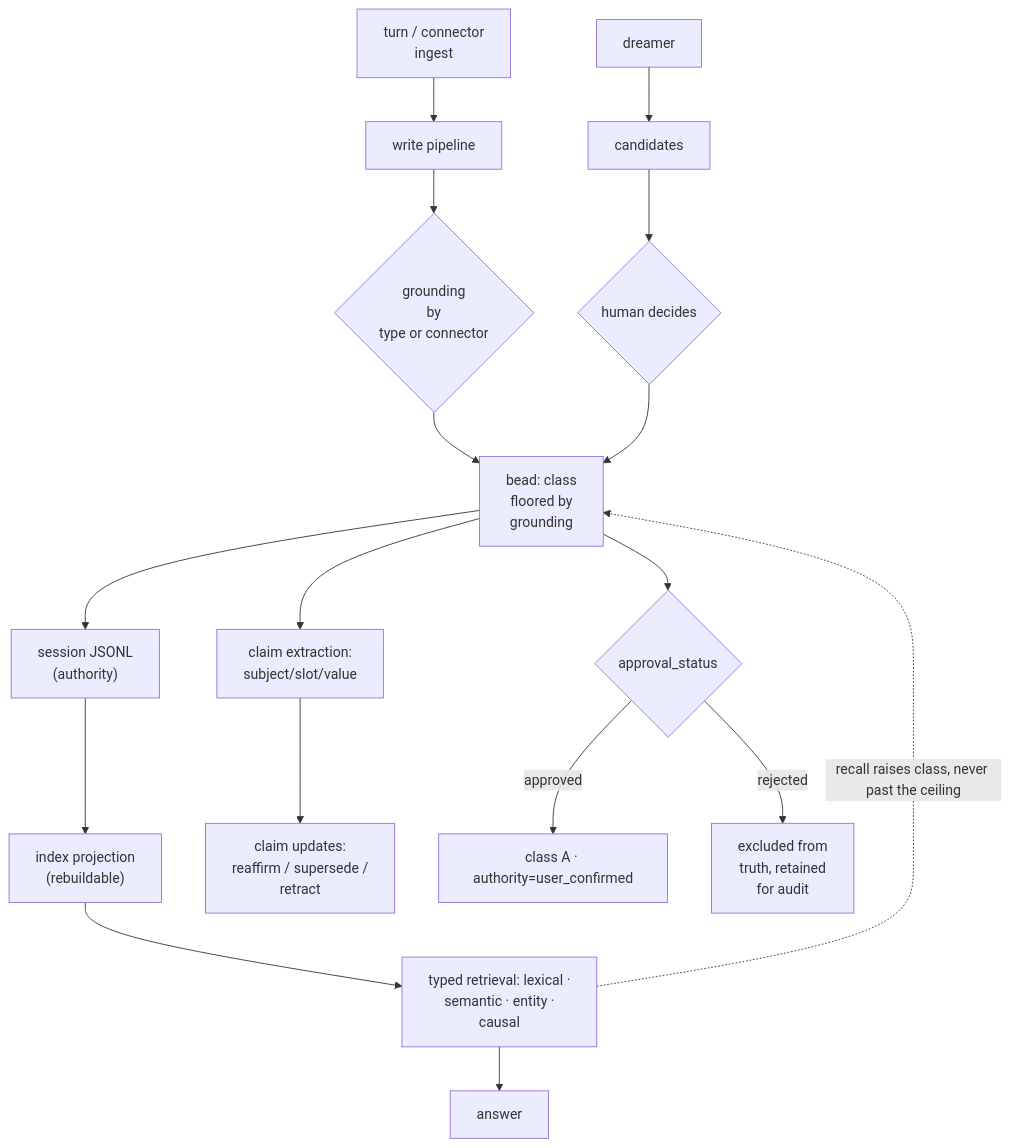
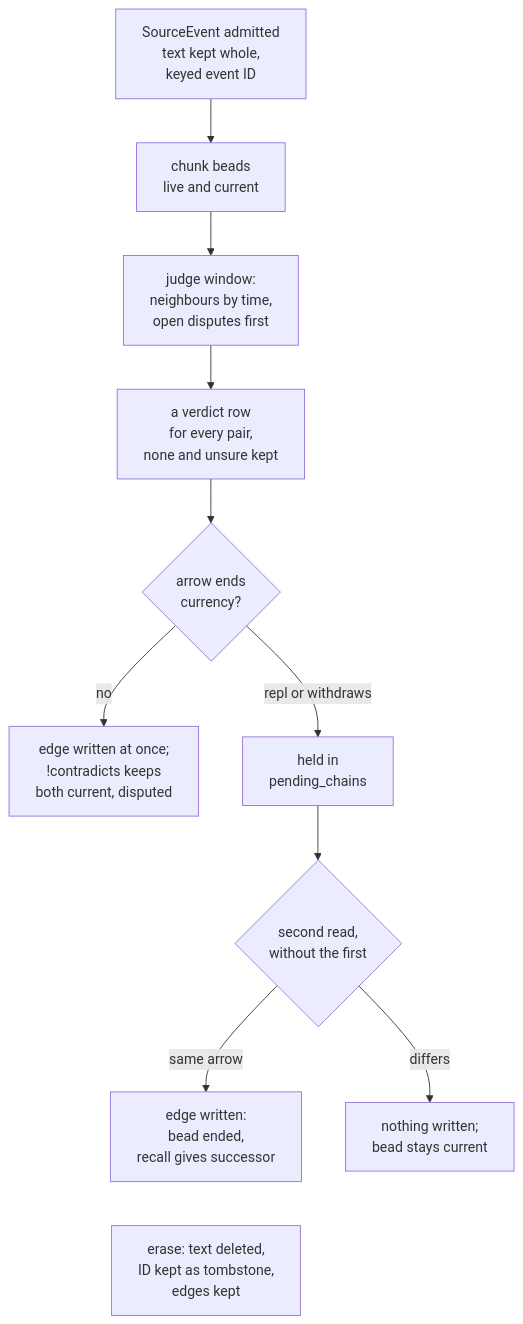
One commit to neoneye/agent-memory-atlas changed the diagram in content/systems/core-memory.md. Above: the diagram before and after it, drawn with Mermaid. The commit also changed other lines of this file and 39 other files, not shown here.

````diff
--- a/content/systems/core-memory.md
+++ b/content/systems/core-memory.md
@@ -139,20 +134,14 @@
 ```mermaid
-%% caption: the JSONL session log is the authority and the index is a rebuildable projection; grounding floors a bead's class, recall can raise it but never past that ceiling, and a rejected candidate is excluded from truth while being retained for audit
+%% caption: an admitted event's chunks become live, current beads; a judge shown neighbours by time writes a verdict for every pair, a non-ending arrow is written at once, a repl or withdraws arrow is held until a second independent read gives it again, and only then does the bead end and recall answer with its successor; erasure deletes the text and keeps the IDs and edges
 flowchart TD
-  Turn["turn / connector<br/>ingest"] --> WP["write pipeline"]
-  WP --> G{"grounding\nby<br/>type or connector"}
-  G --> Bead["bead: class<br/>floored by<br/>grounding"]
-  Bead --> Store["session JSONL<br/>(authority)"]
-  Store --> Proj["index projection<br/>(rebuildable)"]
-  Bead --> Claims["claim extraction:<br/>subject/slot/value"]
-  Claims --> CU["claim updates:<br/>reaffirm / supersede /<br/>retract"]
-  Proj --> Ret["typed retrieval: lexical ·<br/>semantic · entity ·<br/>causal"]
-  Ret --> Answer["answer"]
-  Ret -. "recall raises class, never past the ceiling" .-> Bead
-  Dream["dreamer"] --> Cand["candidates"]
-  Cand --> Human{"human decides"}
-  Human --> Bead
-  Bead --> Appr{"approval_status"}
-  Appr -->|approved| A["class A · authority=user_confirmed"]
-  Appr -->|rejected| Excl["excluded from<br/>truth, retained<br/>for audit"]
+  E["SourceEvent admitted<br/>text kept whole,<br/>keyed event ID"] --> B["chunk beads<br/>live and current"]
+  B --> W["judge window:<br/>neighbours by time,<br/>open disputes first"]
+  W --> V["a verdict row<br/>for every pair,<br/>none and unsure kept"]
+  V --> K{"arrow ends<br/>currency?"}
+  K -->|"no"| X["edge written at once;<br/>!contradicts keeps<br/>both current, disputed"]
+  K -->|"repl or withdraws"| H["held in<br/>pending_chains"]
+  H --> S{"second read,<br/>without the first"}
+  S -->|"same arrow"| D["edge written:<br/>bead ended,<br/>recall gives successor"]
+  S -->|"differs"| N["nothing written;<br/>bead stays current"]
+  D ~~~ Er["erase: text deleted,<br/>ID kept as tombstone,<br/>edges kept"]
 ```
````
